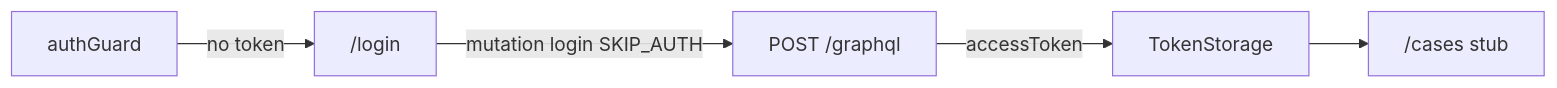
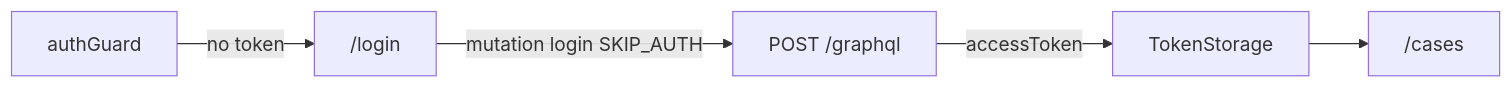
The second of 2 diagrams in apps/angular-admin/README.STUDY.md (SDS37/kyc-multi-frontend), drawn with Mermaid before and after one commit. The commit also changed other lines of this file and 24 other files, not shown here.

````diff
--- a/apps/angular-admin/README.STUDY.md
+++ b/apps/angular-admin/README.STUDY.md
@@ -25,7 +41,7 @@
 ```mermaid
 flowchart LR
   Login["/login"] -->|"mutation login SKIP_AUTH"| GQL["POST /graphql"]
   GQL -->|"accessToken"| Store["TokenStorage"]
-  Store --> Cases["/cases stub"]
+  Store --> Cases["/cases"]
   Guard["authGuard"] -->|"no token"| Login
 ```
````
